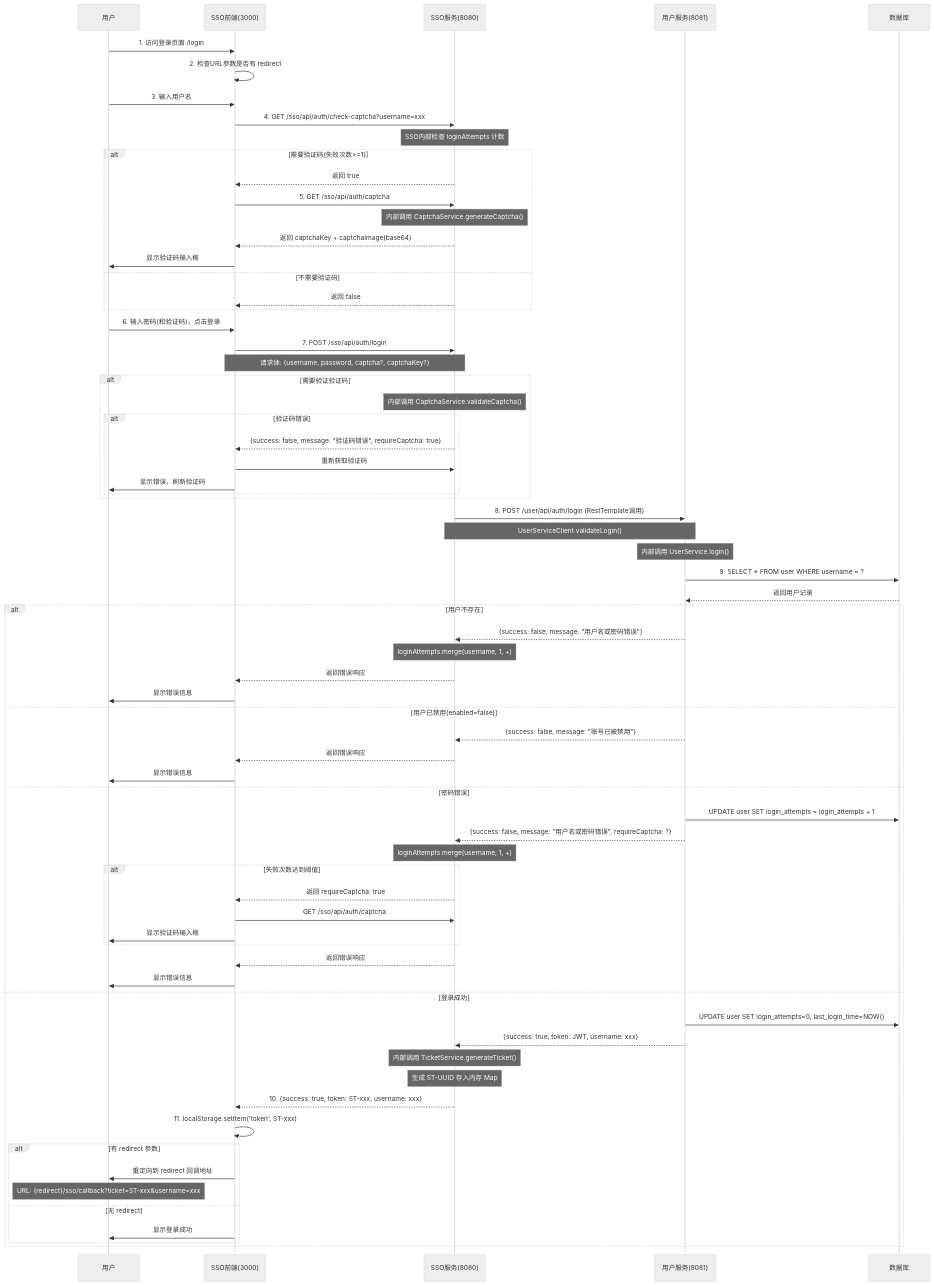
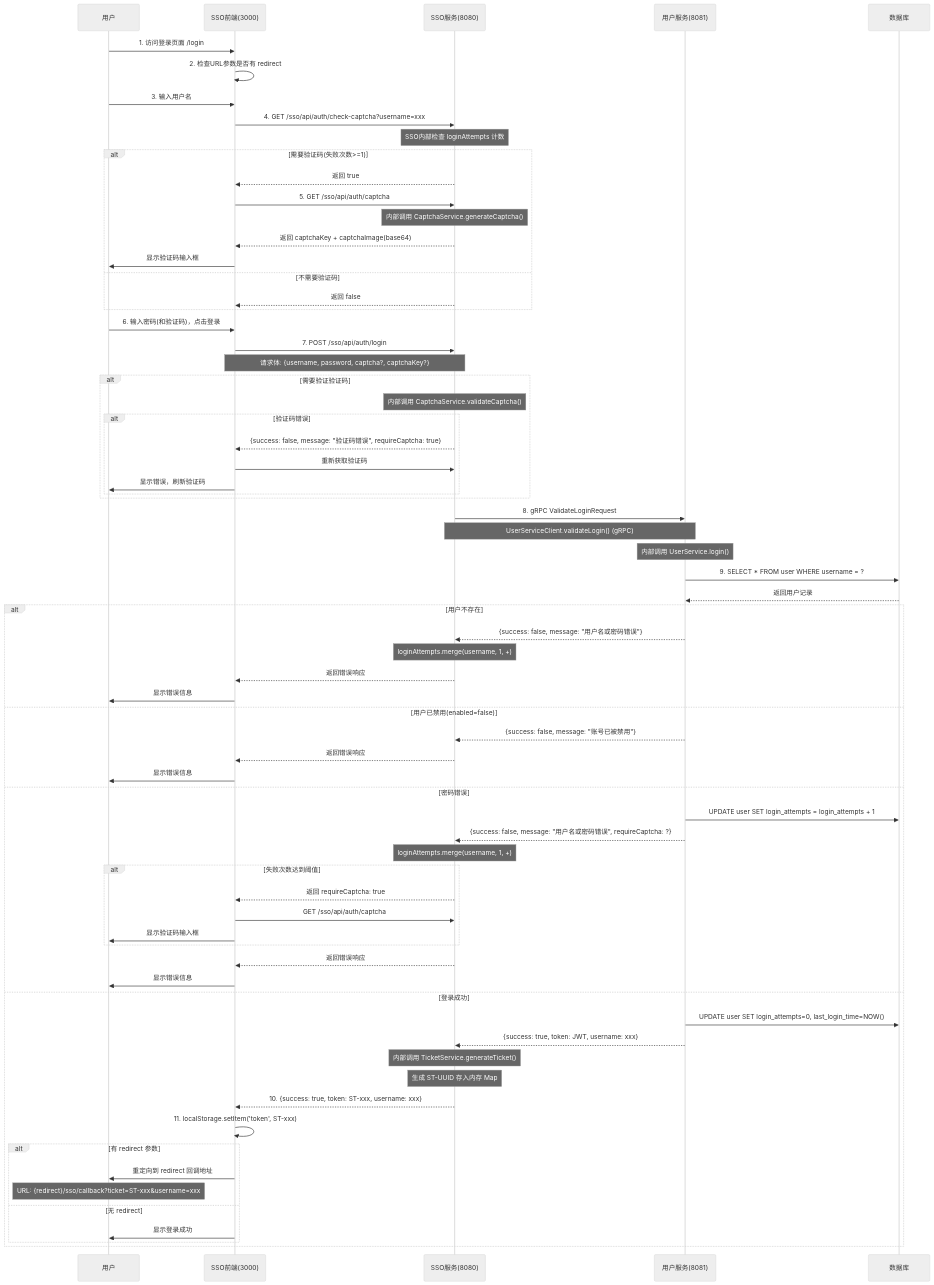
One commit to wb31105/zqzl-traecn changed the first of 11 diagrams in BUSINESS_FLOW.md. Above: the diagram before and after it, drawn with Mermaid (neutral theme). The commit also changed other lines of this file and 93 other files, not shown here.

```diff
--- a/BUSINESS_FLOW.md
+++ b/BUSINESS_FLOW.md
@@ -65,8 +69,8 @@
         end
     end
     
-    SSO_Server->>User_Server: 8. POST /user/api/auth/login (RestTemplate调用)
-    Note over SSO_Server,User_Server: UserServiceClient.validateLogin()
+    SSO_Server->>User_Server: 8. gRPC ValidateLoginRequest
+    Note over SSO_Server,User_Server: UserServiceClient.validateLogin() (gRPC)
     Note over User_Server: 内部调用 UserService.login()
     
     User_Server->>DB: 9. SELECT * FROM user WHERE username = ?
```
